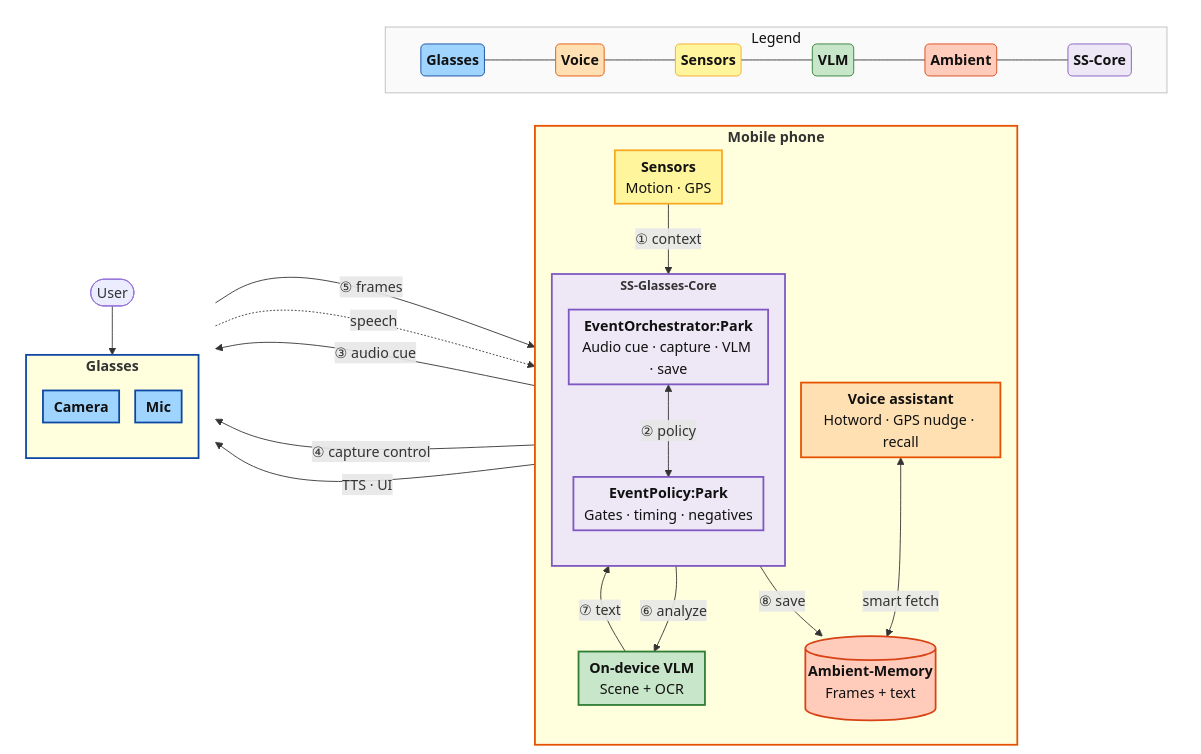
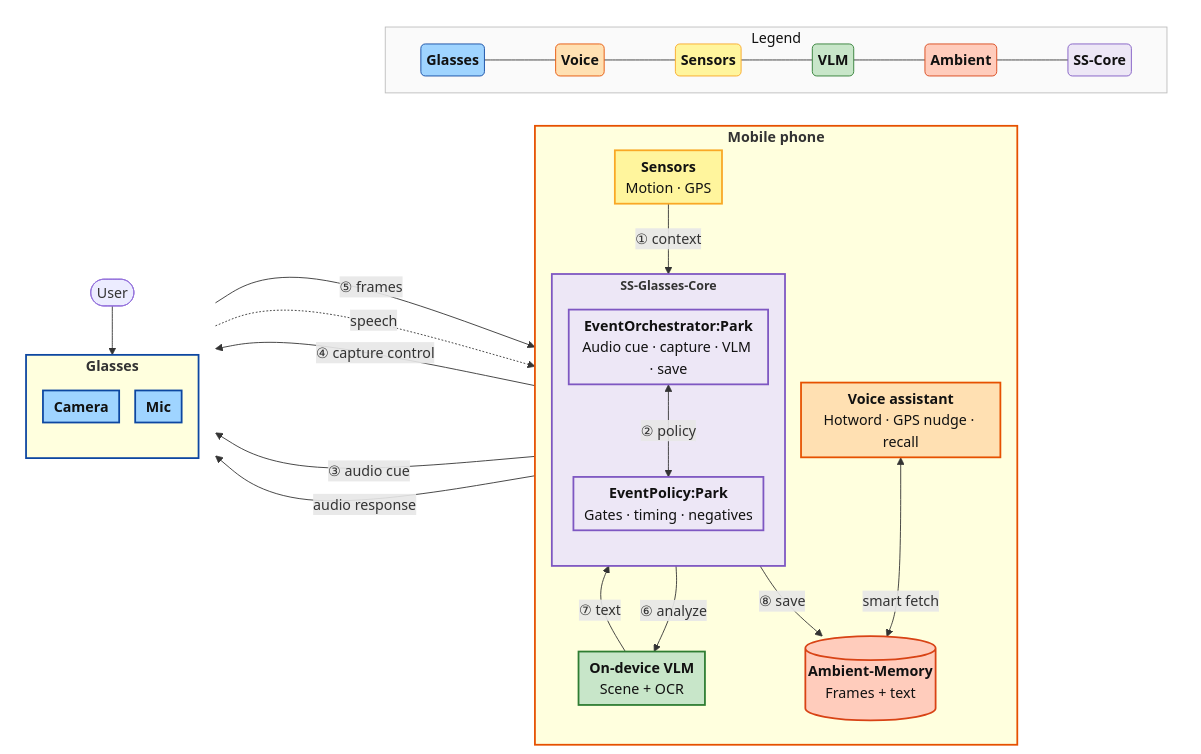
Before and after one commit to penkesiva/wer-26: the diagram in tmp/idea2_mark_car_parking_spot_architecture.mermaid, drawn with Mermaid. The commit also changed 2 other files, not shown here.

Commit message:
docs(idea2): route audio cue and audio response to Glasses block

```diff
--- a/tmp/idea2_mark_car_parking_spot_architecture.mermaid
+++ b/tmp/idea2_mark_car_parking_spot_architecture.mermaid
@@ -1,99 +1,99 @@
 ---
 config:
   flowchart:
     htmlLabels: true
     padding: 6
     nodeSpacing: 18
     rankSpacing: 30
 ---
 flowchart LR
  subgraph SSGC["<b><span style=font-size:14px>SS-Glasses-Core</span></b>"]
     direction TB
         PolicyCP["<b>EventPolicy:Park</b><br>Gates · timing · negatives"]
         OrchCP["<b>EventOrchestrator:Park</b><br>Audio cue · capture · VLM · save"]
   end
  subgraph Mobile["<b><span style=font-size:16px>Mobile phone</span></b>"]
     direction TB
         VA["<b>Voice assistant</b><br>Hotword · GPS nudge · recall"]
         Sens["<b>Sensors</b><br>Motion · GPS"]
         SSGC
         VLM["<b>On-device VLM</b><br>Scene + OCR"]
         AMEM[("<b>Ambient-Memory</b><br>Frames + text")]
   end
  subgraph Glasses["<b><span style=font-size:16px>Glasses</span></b>"]
     direction TB
         Cam["<b>Camera</b>"]
         Mic["<b>Mic</b>"]
   end
  subgraph GCol[" "]
     direction TB
         User(["User"])
         Glasses
   end
  subgraph LegendRow["Legend"]
     direction LR
         LgG("<b>Glasses</b>")
         LgM("<b>Voice</b>")
         LgSen("<b>Sensors</b>")
         LgL("<b>VLM</b>")
         LgA("<b>Ambient</b>")
         LgS("<b>SS-Core</b>")
   end
  subgraph BottomDeck[" "]
     direction RL
         LegendRow
   end
     LgG --- LgM
     LgM --- LgSen
     LgSen --- LgL
     LgL --- LgA
     LgA --- LgS
     Mobile ~~~ GCol
     GCol ~~~ BottomDeck
     Sens -- ① context --> OrchCP
     OrchCP <-- ② policy --> PolicyCP
-    OrchCP -- ③ audio cue --> Mic
+    OrchCP -- ③ audio cue --> Glasses
     OrchCP -- ④ capture control --> Cam
     Cam -- ⑤ frames --> OrchCP
     OrchCP -- ⑥ analyze --> VLM
     VLM -- ⑦ text --> OrchCP
     OrchCP -- ⑧ save --> AMEM
     User --> Mic
     Mic -. speech .-> VA
-    VA -- TTS · UI --> Mic
+    VA -- audio response --> Glasses
     VA <-- smart fetch --> AMEM
 
      PolicyCP:::ssCoreLight
      OrchCP:::ssCoreLight
      VA:::mobile
      Sens:::sensors
      VLM:::onDeviceVlm
      AMEM:::ambientMem
      Cam:::glasses
      Mic:::glasses
      LgG:::legendGlasses
      LgM:::legendMobile
      LgSen:::legendSensors
      LgL:::legendVlm
      LgA:::legendAmbient
      LgS:::legendSS
      GCol:::colHidden
     classDef glasses fill:#9fd4ff,stroke:#0d47a1,color:#111,stroke-width:2px
     classDef mobile fill:#ffe0b2,stroke:#e65100,color:#111,stroke-width:2px
     classDef sensors fill:#fff59d,stroke:#f9a825,color:#111,stroke-width:2px
     classDef onDeviceVlm fill:#c8e6c9,stroke:#2e7d32,color:#111,stroke-width:2px
     classDef ambientMem fill:#ffccbc,stroke:#d84315,color:#111,stroke-width:2px
     classDef ssCoreLight fill:#ede7f6,stroke:#7e57c2,color:#111,stroke-width:2px
     classDef legendGlasses fill:#9fd4ff,stroke:#0d47a1,color:#111
     classDef legendMobile fill:#ffe0b2,stroke:#e65100,color:#111
     classDef legendSensors fill:#fff59d,stroke:#f9a825,color:#111
     classDef legendVlm fill:#c8e6c9,stroke:#2e7d32,color:#111
     classDef legendAmbient fill:#ffccbc,stroke:#d84315,color:#111
     classDef legendSS fill:#ede7f6,stroke:#7e57c2,color:#111
     classDef colHidden fill:none,stroke:none,color:#111
     style SSGC fill:#ede7f6,stroke:#7e57c2,stroke-width:2px
     style Glasses stroke:#0d47a1,stroke-width:2px
     style LegendRow fill:#fafafa,stroke:#bdbdbd,color:#111,stroke-width:1px
     style Mobile stroke:#e65100,stroke-width:2px
     style GCol fill:none,stroke:none
     style BottomDeck fill:none,stroke:none
```
